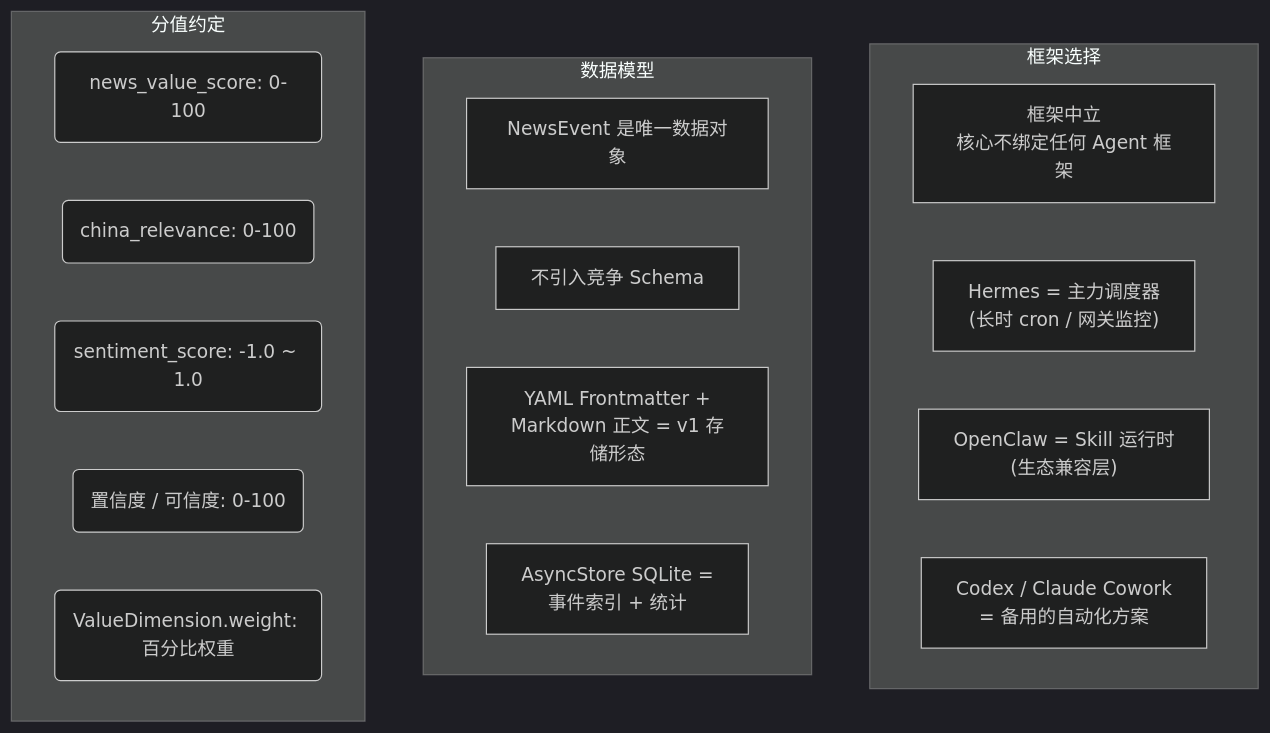
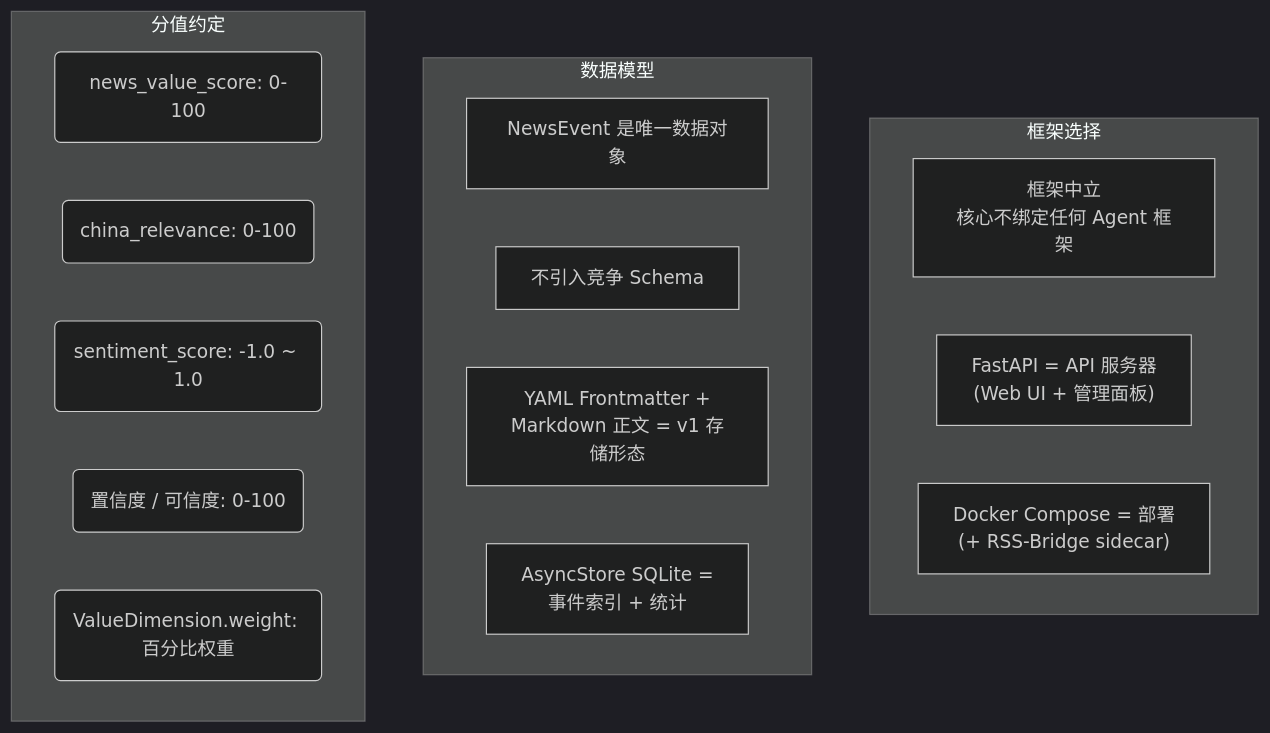
Before and after one commit to XucroYuri/NewsSentry: the third of 5 diagrams in AGENTS.md, drawn with Mermaid (dark theme). The commit also changed other lines of this file, not shown here.

First line of the commit message:
docs: update AGENTS.md Phase status — P1-P5 completed, v2 architecture sync

````diff
--- a/AGENTS.md
+++ b/AGENTS.md
@@ -148,24 +147,23 @@
 ```mermaid
 flowchart TD
     subgraph 框架["框架选择"]
         NEUTRAL["框架中立<br/>核心不绑定任何 Agent 框架"]
-        HERMES["Hermes = 主力调度器<br/>(长时 cron / 网关监控)"]
-        OPENCLAW["OpenClaw = Skill 运行时<br/>(生态兼容层)"]
-        FALLBACK["Codex / Claude Cowork<br/>= 备用的自动化方案"]
+        FASTAPI["FastAPI = API 服务器<br/>(Web UI + 管理面板)"]
+        DOCKER["Docker Compose = 部署<br/>(+ RSS-Bridge sidecar)"]
     end
 
     subgraph 数据["数据模型"]
         EV["NewsEvent 是唯一数据对象"]
         NOCOMP["不引入竞争 Schema"]
         FM["YAML Frontmatter +<br/>Markdown 正文 = v1 存储形态"]
         SQL["AsyncStore SQLite =<br/>事件索引 + 统计"]
     end
 
     subgraph 分值["分值约定"]
         S0("news_value_score: 0-100")
         S1("china_relevance: 0-100")
         S2("sentiment_score: -1.0 ~ 1.0")
         S3("置信度 / 可信度: 0-100")
         S4("ValueDimension.weight: 百分比权重")
     end
 ```
````
